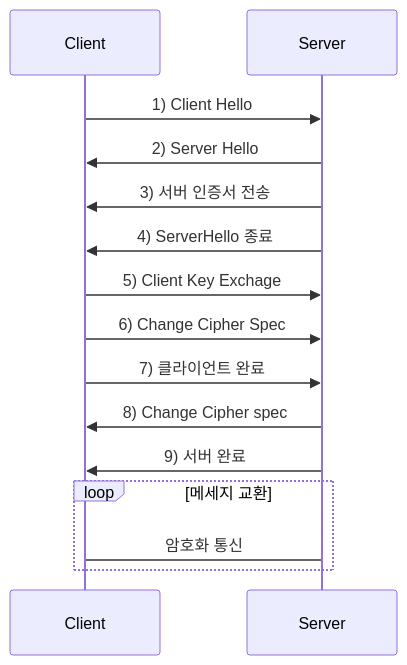
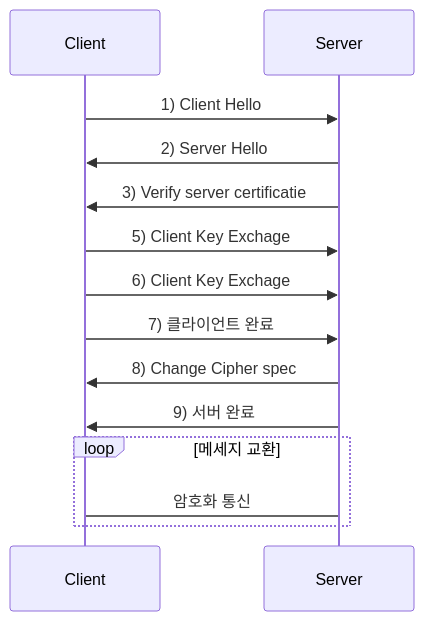
One commit to 1sonjm/1sonjm.github.io changed the diagram in _posts/develop/etc/2019-02-12-TLS.md. Above: the diagram before and after it, drawn with Mermaid. The commit also changed other lines of this file, not shown here.

Commit message:
_posts/develop/etc/2019-02-12-TLS.md updated from https://stackedit.io/

````diff
--- a/_posts/develop/etc/2019-02-12-TLS.md
+++ b/_posts/develop/etc/2019-02-12-TLS.md
@@ -13,15 +13,14 @@
 ```mermaid
 sequenceDiagram
     Client->>Server: 1) Client Hello
     Server->>Client: 2) Server Hello
-    Server->>Client: 3) 서버 인증서 전송
-    Server->>Client: 4) ServerHello 종료
+    Server->>Client: 3) Verify server certificatie
     Client->>Server: 5) Client Key Exchage
-    Client->>Server: 6) Change Cipher Spec
+    Client->>Server: 6) Client Key Exchage
     Client->>Server: 7) 클라이언트 완료
     Server->>Client: 8) Change Cipher spec
     Server->>Client: 9) 서버 완료
     loop 메세지 교환
     Server->Client: 암호화 통신
     end
 ```
````
